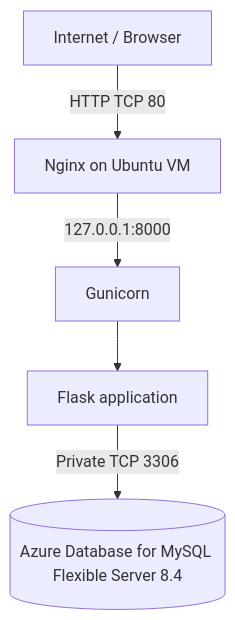
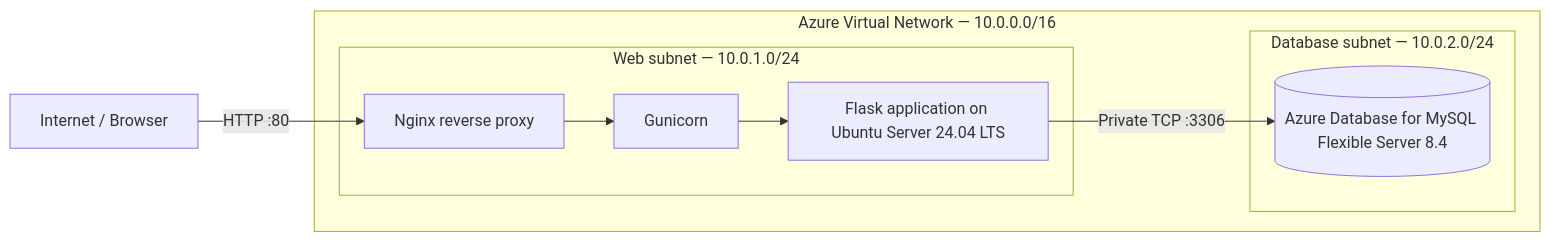
The diagram in README.md (DeepDiveCloud/azure-two-tier-web-app), drawn with Mermaid before and after one commit. The commit also changed other lines of this file, not shown here.

Commit message:
Correct architecture documentation to Ubuntu Linux web VM

````diff
--- a/README.md
+++ b/README.md
@@ -7,7 +7,14 @@
 ```mermaid
-flowchart TD
-    U[Internet / Browser] -->|HTTP TCP 80| N[Nginx on Ubuntu VM]
-    N -->|127.0.0.1:8000| G[Gunicorn]
-    G --> F[Flask application]
-    F -->|Private TCP 3306| DB[(Azure Database for MySQL Flexible Server 8.4)]
+flowchart LR
+    U["Internet / Browser"] -->|"HTTP :80"| N["Nginx reverse proxy"]
+    subgraph VNET["Azure Virtual Network — 10.0.0.0/16"]
+      subgraph WEB["Web subnet — 10.0.1.0/24"]
+        N --> G["Gunicorn"]
+        G --> F["Flask application on Ubuntu Server 24.04 LTS"]
+      end
+      subgraph DB["Database subnet — 10.0.2.0/24"]
+        M[("Azure Database for MySQL Flexible Server 8.4")]
+      end
+      F -->|"Private TCP :3306"| M
+    end
 ```
````
